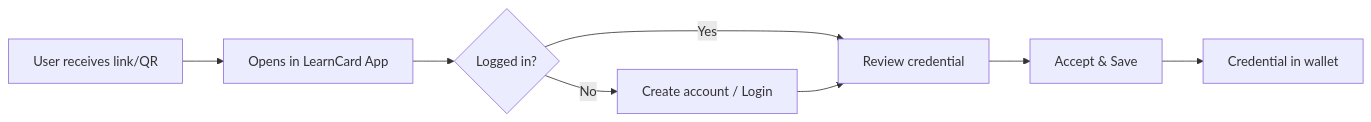
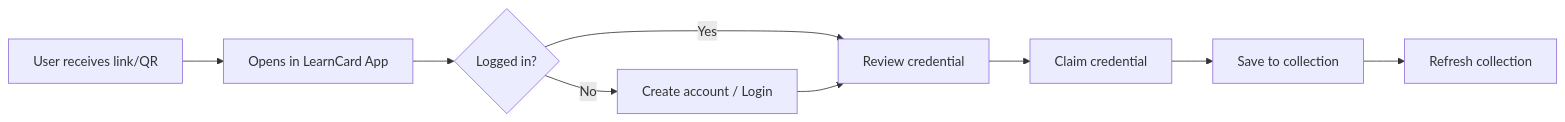
Before and after one commit to learningeconomy/LearnCard: the first of 6 diagrams in docs/apps/learn-card-app/README.md, drawn with Mermaid. The commit also changed other lines of this file and 14 other files, not shown here.

Commit message:
fix(app): recover claim save and refresh failures in place (LC-2288)

````diff
--- a/docs/apps/learn-card-app/README.md
+++ b/docs/apps/learn-card-app/README.md
@@ -39,10 +39,11 @@
 ```mermaid
 flowchart LR
     A[User receives link/QR] --> B[Opens in LearnCard App]
     B --> C{Logged in?}
     C -->|No| D[Create account / Login]
     C -->|Yes| E[Review credential]
     D --> E
-    E --> F[Accept & Save]
-    F --> G[Credential in wallet]
+    E --> F[Claim credential]
+    F --> G[Save to collection]
+    G --> H[Refresh collection]
 ```
````
